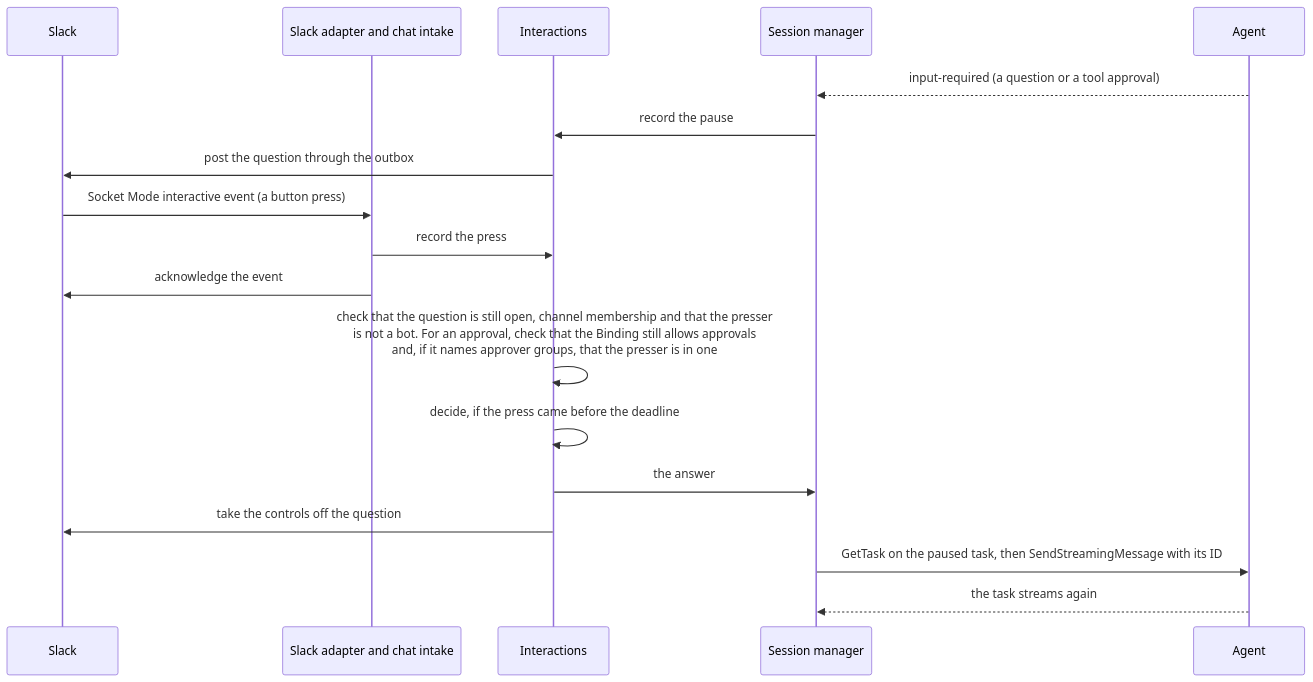
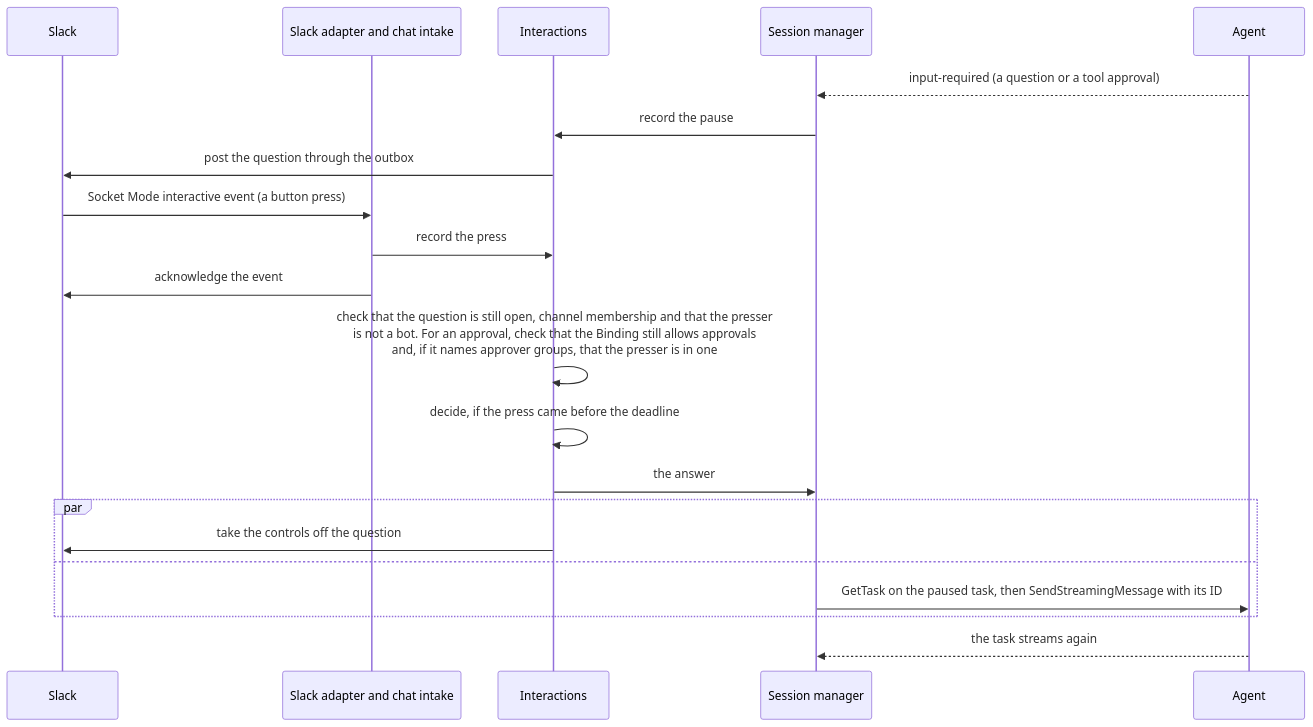
One commit to agentkourier/agent-kourier changed the fifth of 5 diagrams in docs/explanation/architecture.md. Above: the diagram before and after it, drawn with Mermaid. The commit also changed other lines of this file, not shown here.

First line of the commit message:
docs(architecture): fix the third review round's findings

````diff
--- a/docs/explanation/architecture.md
+++ b/docs/explanation/architecture.md
@@ -171,20 +171,23 @@
 ```mermaid
 sequenceDiagram
     participant S as Slack
     participant A as Slack adapter and chat intake
     participant I as Interactions
     participant M as Session manager
     participant G as Agent
     G-->>M: input-required (a question or a tool approval)
     M->>I: record the pause
     I->>S: post the question through the outbox
     S->>A: Socket Mode interactive event (a button press)
     A->>I: record the press
     A->>S: acknowledge the event
     I->>I: check that the question is still open, channel membership and that the presser<br/>is not a bot. For an approval, check that the Binding still allows approvals<br/>and, if it names approver groups, that the presser is in one
     I->>I: decide, if the press came before the deadline
     I->>M: the answer
-    I->>S: take the controls off the question
-    M->>G: GetTask on the paused task, then SendStreamingMessage with its ID
+    par
+        I->>S: take the controls off the question
+    and
+        M->>G: GetTask on the paused task, then SendStreamingMessage with its ID
+    end
     G-->>M: the task streams again
 ```
````
